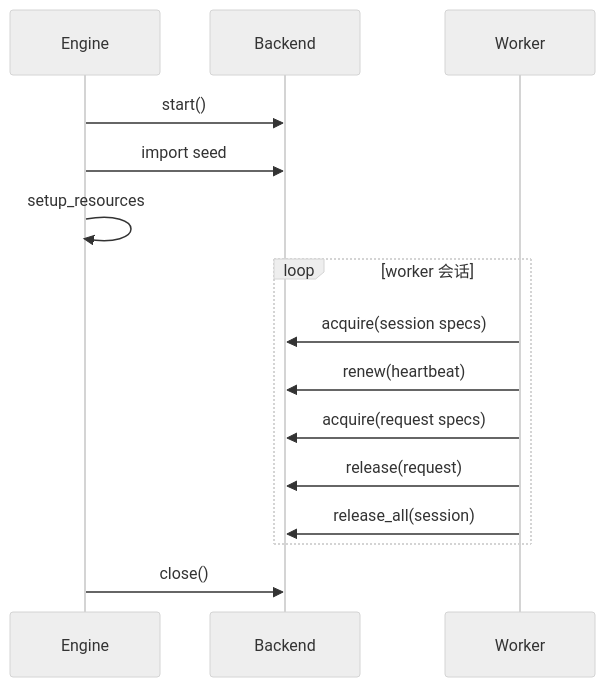
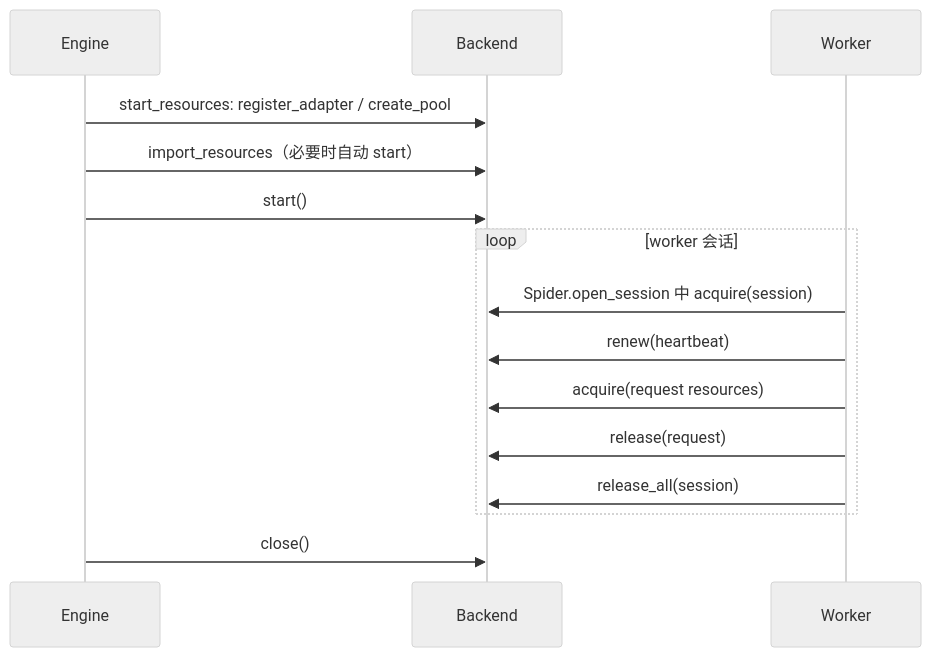
One commit to kusen-alpha/pcrawl changed the diagram in docs/design/resource-backends.md. Above: the diagram before and after it, drawn with Mermaid (neutral theme). The commit also changed other lines of this file and 21 other files, not shown here.

````diff
--- a/docs/design/resource-backends.md
+++ b/docs/design/resource-backends.md
@@ -145,17 +144,17 @@
 ```mermaid
 sequenceDiagram
     participant E as Engine
     participant B as Backend
     participant W as Worker
+    E->>B: start_resources: register_adapter / create_pool
+    E->>B: import_resources（必要时自动 start）
     E->>B: start()
-    E->>B: import seed
-    E->>E: setup_resources
     loop worker 会话
-        W->>B: acquire(session specs)
+        W->>B: Spider.open_session 中 acquire(session)
         W->>B: renew(heartbeat)
-        W->>B: acquire(request specs)
+        W->>B: acquire(request resources)
         W->>B: release(request)
         W->>B: release_all(session)
     end
     E->>B: close()
 ```
````
